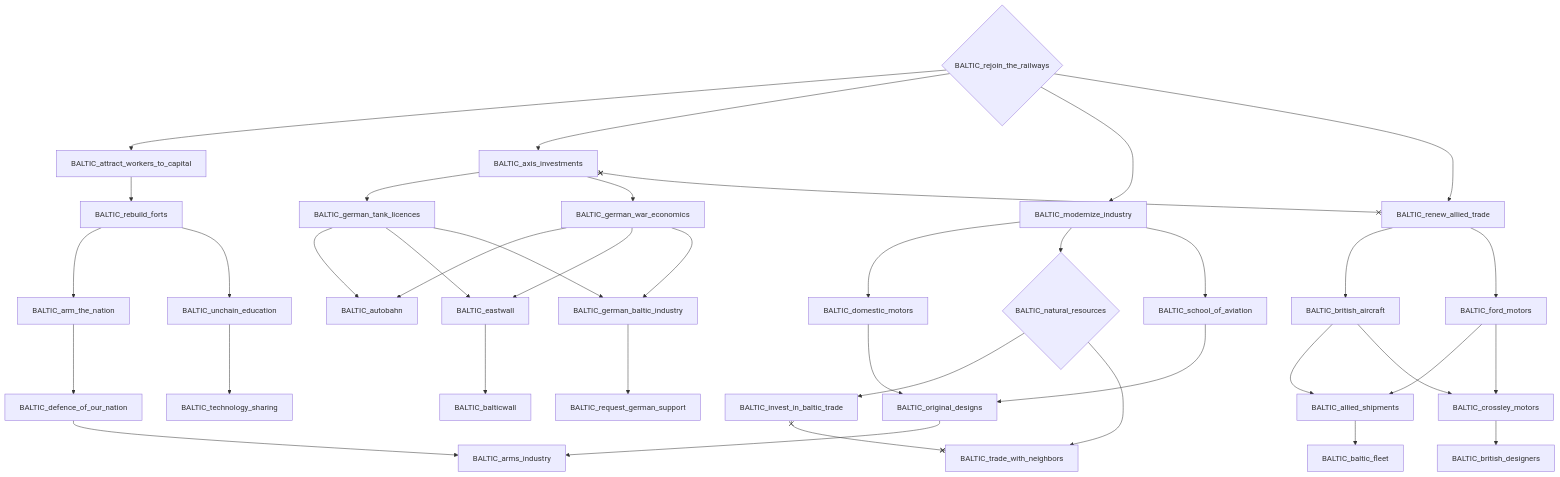
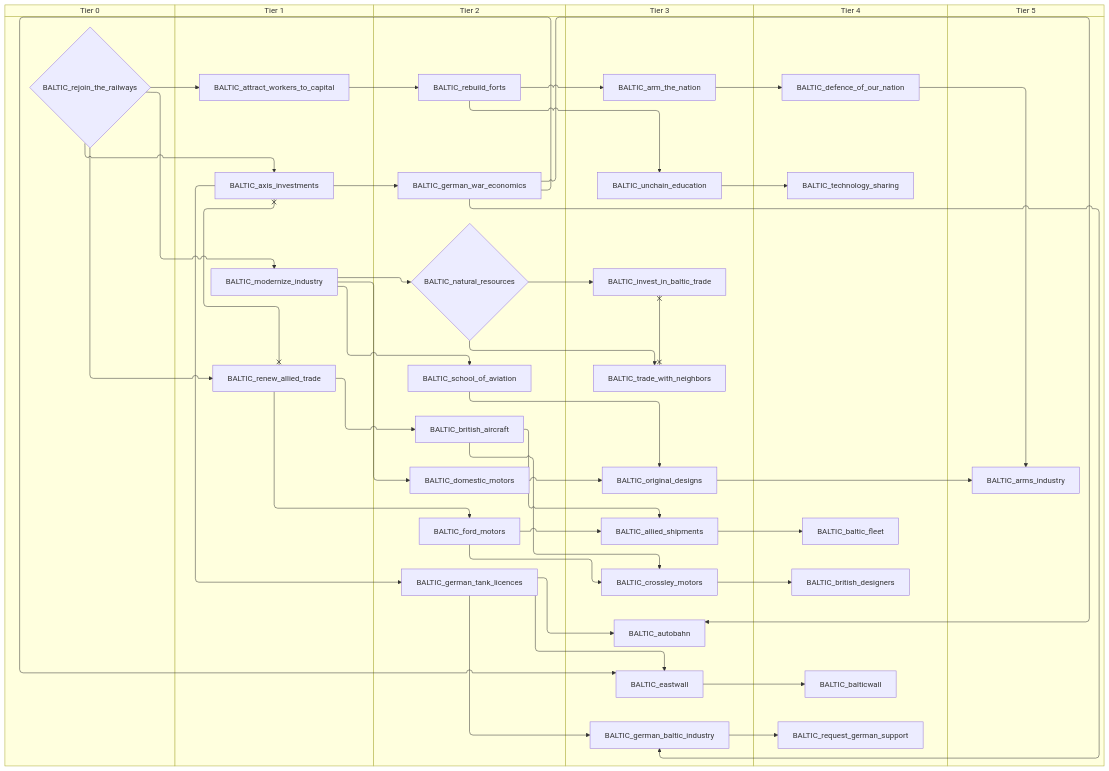
The first of 2 diagrams in docs/gdd/National Focuses/r56/baltic_shared.md (evgeny-sobol/hoi4-sandbox-mode-r56), drawn with Mermaid before and after one commit. The commit also changed other lines of this file and 423 other files, not shown here.

First line of the commit message:
Re-export Rt56 focus trees as swimlane diagrams

````diff
--- a/docs/gdd/National Focuses/r56/baltic_shared.md
+++ b/docs/gdd/National Focuses/r56/baltic_shared.md
@@ -3,71 +3,83 @@
 ```mermaid
-flowchart TD
-    n1["BALTIC_allied_shipments"]
-    n2["BALTIC_arm_the_nation"]
-    n3["BALTIC_arms_industry"]
-    n4["BALTIC_attract_workers_to_capital"]
-    n5["BALTIC_autobahn"]
-    n6["BALTIC_axis_investments"]
-    n7["BALTIC_baltic_fleet"]
-    n8["BALTIC_balticwall"]
-    n9["BALTIC_british_aircraft"]
-    n10["BALTIC_british_designers"]
-    n11["BALTIC_crossley_motors"]
-    n12["BALTIC_defence_of_our_nation"]
-    n13["BALTIC_domestic_motors"]
-    n14["BALTIC_eastwall"]
-    n15["BALTIC_ford_motors"]
-    n16["BALTIC_german_baltic_industry"]
-    n17["BALTIC_german_tank_licences"]
-    n18["BALTIC_german_war_economics"]
-    n19["BALTIC_invest_in_baltic_trade"]
-    n20["BALTIC_modernize_industry"]
-    n21{"BALTIC_natural_resources"}
-    n22["BALTIC_original_designs"]
-    n23["BALTIC_rebuild_forts"]
-    n24{"BALTIC_rejoin_the_railways"}
-    n25["BALTIC_renew_allied_trade"]
-    n26["BALTIC_request_german_support"]
-    n27["BALTIC_school_of_aviation"]
-    n28["BALTIC_technology_sharing"]
-    n29["BALTIC_trade_with_neighbors"]
-    n30["BALTIC_unchain_education"]
-    n9 --> n1
-    n15 --> n1
-    n23 --> n2
-    n22 --> n3
-    n12 --> n3
-    n24 --> n4
-    n18 --> n5
-    n17 --> n5
-    n24 --> n6
-    n1 --> n7
-    n14 --> n8
-    n25 --> n9
-    n11 --> n10
-    n15 --> n11
-    n9 --> n11
+swimlane-beta TD
+    subgraph tier_0["Tier 0"]
+        n1{"BALTIC_rejoin_the_railways"}
+    end
+    subgraph tier_1["Tier 1"]
+        n2["BALTIC_attract_workers_to_capital"]
+        n3["BALTIC_axis_investments"]
+        n4["BALTIC_modernize_industry"]
+        n5["BALTIC_renew_allied_trade"]
+    end
+    subgraph tier_2["Tier 2"]
+        n6["BALTIC_british_aircraft"]
+        n7["BALTIC_domestic_motors"]
+        n8["BALTIC_ford_motors"]
+        n9["BALTIC_german_tank_licences"]
+        n10["BALTIC_german_war_economics"]
+        n11{"BALTIC_natural_resources"}
+        n12["BALTIC_rebuild_forts"]
+        n13["BALTIC_school_of_aviation"]
+    end
+    subgraph tier_3["Tier 3"]
+        n14["BALTIC_allied_shipments"]
+        n15["BALTIC_arm_the_nation"]
+        n16["BALTIC_autobahn"]
+        n17["BALTIC_crossley_motors"]
+        n18["BALTIC_eastwall"]
+        n19["BALTIC_german_baltic_industry"]
+        n20["BALTIC_invest_in_baltic_trade"]
+        n21["BALTIC_original_designs"]
+        n22["BALTIC_trade_with_neighbors"]
+        n23["BALTIC_unchain_education"]
+    end
+    subgraph tier_4["Tier 4"]
+        n24["BALTIC_baltic_fleet"]
+        n25["BALTIC_balticwall"]
+        n26["BALTIC_british_designers"]
+        n27["BALTIC_defence_of_our_nation"]
+        n28["BALTIC_request_german_support"]
+        n29["BALTIC_technology_sharing"]
+    end
+    subgraph tier_5["Tier 5"]
+        n30["BALTIC_arms_industry"]
+    end
+    n6 --> n14
+    n8 --> n14
+    n12 --> n15
+    n21 --> n30
+    n27 --> n30
+    n1 --> n2
+    n10 --> n16
+    n9 --> n16
+    n1 --> n3
+    n14 --> n24
+    n18 --> n25
+    n5 --> n6
+    n17 --> n26
+    n8 --> n17
+    n6 --> n17
+    n15 --> n27
+    n4 --> n7
+    n10 --> n18
+    n9 --> n18
+    n5 --> n8
+    n9 --> n19
+    n10 --> n19
+    n3 --> n9
+    n3 --> n10
+    n11 --> n20
+    n1 --> n4
+    n4 --> n11
+    n7 --> n21
+    n13 --> n21
     n2 --> n12
-    n20 --> n13
-    n18 --> n14
-    n17 --> n14
-    n25 --> n15
-    n17 --> n16
-    n18 --> n16
-    n6 --> n17
-    n6 --> n18
-    n21 --> n19
-    n24 --> n20
-    n20 --> n21
-    n13 --> n22
-    n27 --> n22
-    n4 --> n23
-    n24 --> n25
-    n16 --> n26
-    n20 --> n27
-    n30 --> n28
-    n21 --> n29
-    n23 --> n30
-    n6 x--x n25
-    n19 x--x n29
+    n1 --> n5
+    n19 --> n28
+    n4 --> n13
+    n23 --> n29
+    n11 --> n22
+    n12 --> n23
+    n3 x--x n5
+    n20 x--x n22
 ```
````
